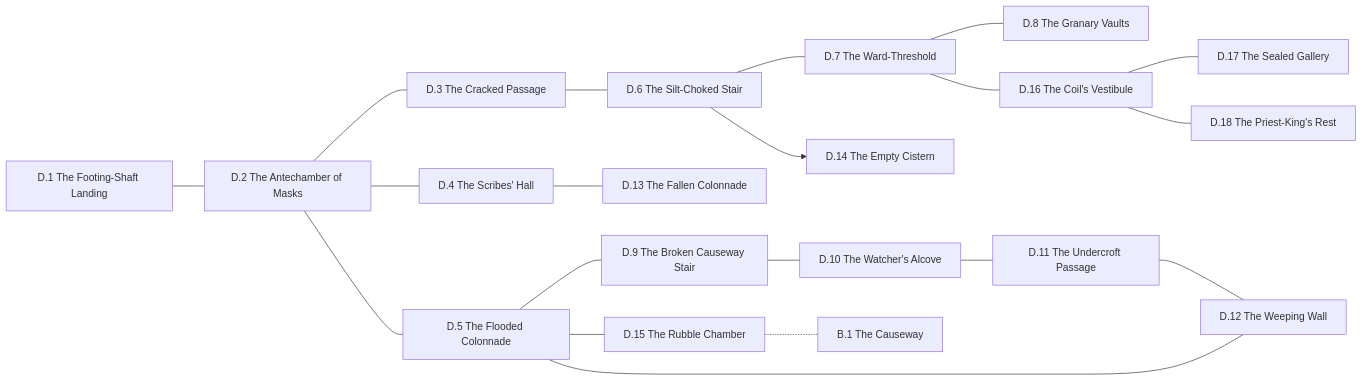
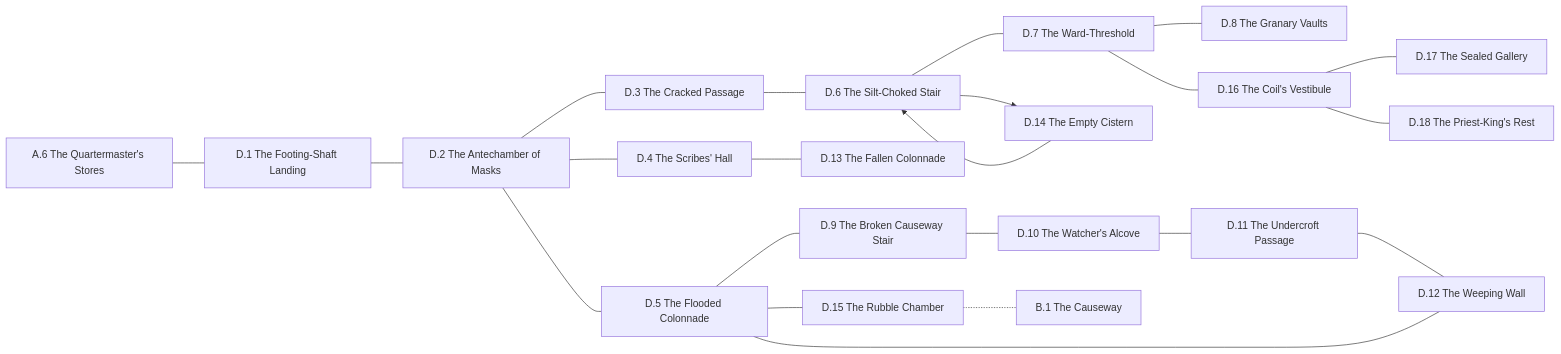
The diagram in setting/region/D/Connections.mmd (rstevenson1237/setting_builder), drawn with Mermaid before and after one commit. The commit also changed 26 other files, not shown here.

````diff
--- a/setting/region/D/Connections.mmd
+++ b/setting/region/D/Connections.mmd
@@ -1,22 +1,24 @@
 ```mermaid
 graph LR
-    D1["D.1 The Footing-Shaft Landing"] --- D2["D.2 The Antechamber of Masks"]
+    A6["A.6 The Quartermaster's Stores"] --- D1["D.1 The Footing-Shaft Landing"]
+    D1 --- D2["D.2 The Antechamber of Masks"]
     D2 --- D3["D.3 The Cracked Passage"]
     D2 --- D4["D.4 The Scribes' Hall"]
     D2 --- D5["D.5 The Flooded Colonnade"]
     D3 --- D6["D.6 The Silt-Choked Stair"]
     D6 --- D7["D.7 The Ward-Threshold"]
     D6 --> D14["D.14 The Empty Cistern"]
+    D14 --> D6
     D4 --- D13["D.13 The Fallen Colonnade"]
     D7 --- D8["D.8 The Granary Vaults"]
     D7 --- D16["D.16 The Coil's Vestibule"]
     D16 --- D17["D.17 The Sealed Gallery"]
     D16 --- D18["D.18 The Priest-King's Rest"]
     D5 --- D9["D.9 The Broken Causeway Stair"]
     D9 --- D10["D.10 The Watcher's Alcove"]
     D10 --- D11["D.11 The Undercroft Passage"]
     D11 --- D12["D.12 The Weeping Wall"]
     D12 --- D5
     D5 --- D15["D.15 The Rubble Chamber"]
     D15 -.- B1["B.1 The Causeway"]
 ```
````
